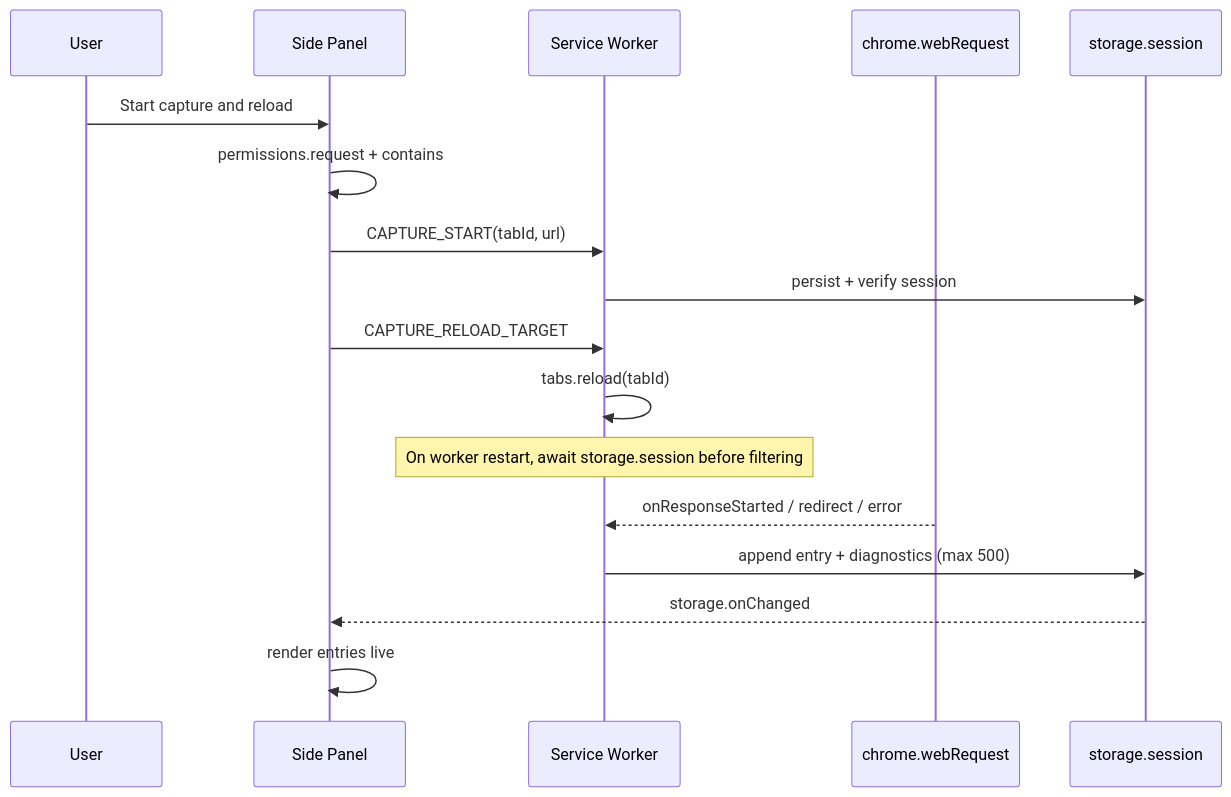
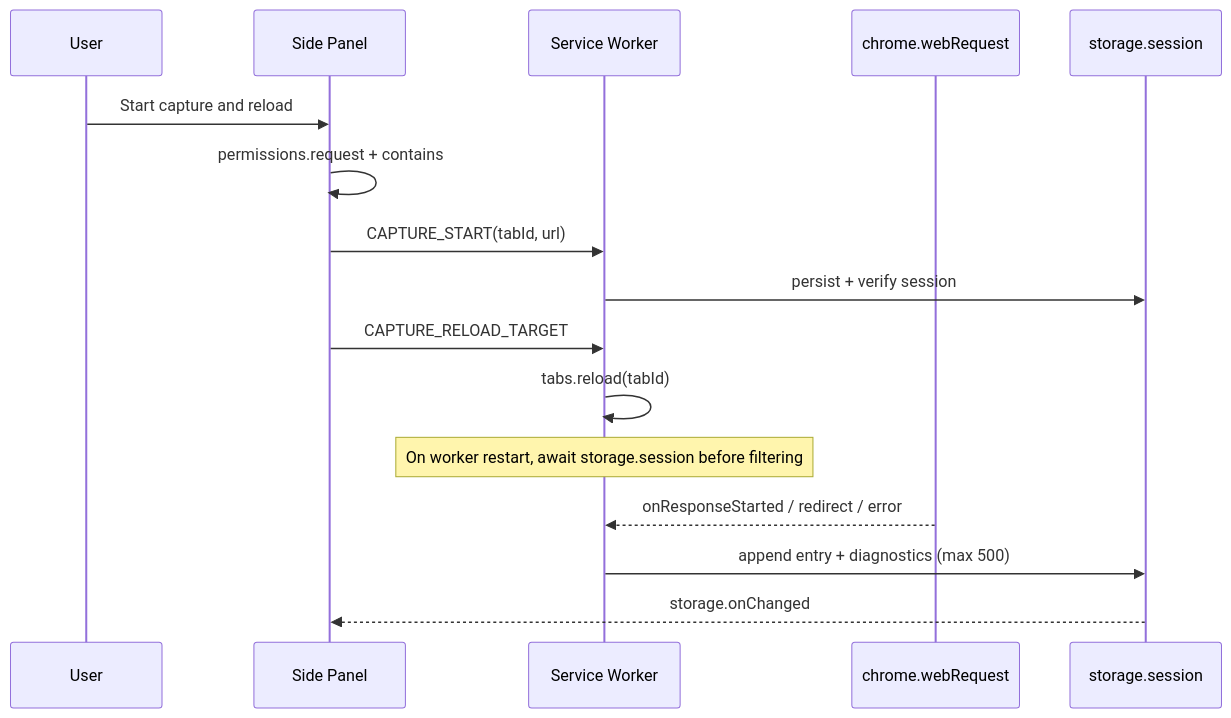
One commit to FreemanDan/vpn-route-inspector changed the second of 3 diagrams in docs/architecture.md. Above: the diagram before and after it, drawn with Mermaid. The commit also changed other lines of this file and 14 other files, not shown here.

````diff
--- a/docs/architecture.md
+++ b/docs/architecture.md
@@ -31,20 +35,19 @@
 ```mermaid
 sequenceDiagram
     participant User
     participant Panel as Side Panel
     participant SW as Service Worker
     participant WR as chrome.webRequest
     participant Store as storage.session
 
     User->>Panel: Start capture and reload
     Panel->>Panel: permissions.request + contains
     Panel->>SW: CAPTURE_START(tabId, url)
     SW->>Store: persist + verify session
     Panel->>SW: CAPTURE_RELOAD_TARGET
     SW->>SW: tabs.reload(tabId)
     Note over SW: On worker restart, await storage.session before filtering
     WR-->>SW: onResponseStarted / redirect / error
     SW->>Store: append entry + diagnostics (max 500)
     Store-->>Panel: storage.onChanged
-    Panel->>Panel: render entries live
 ```
````
